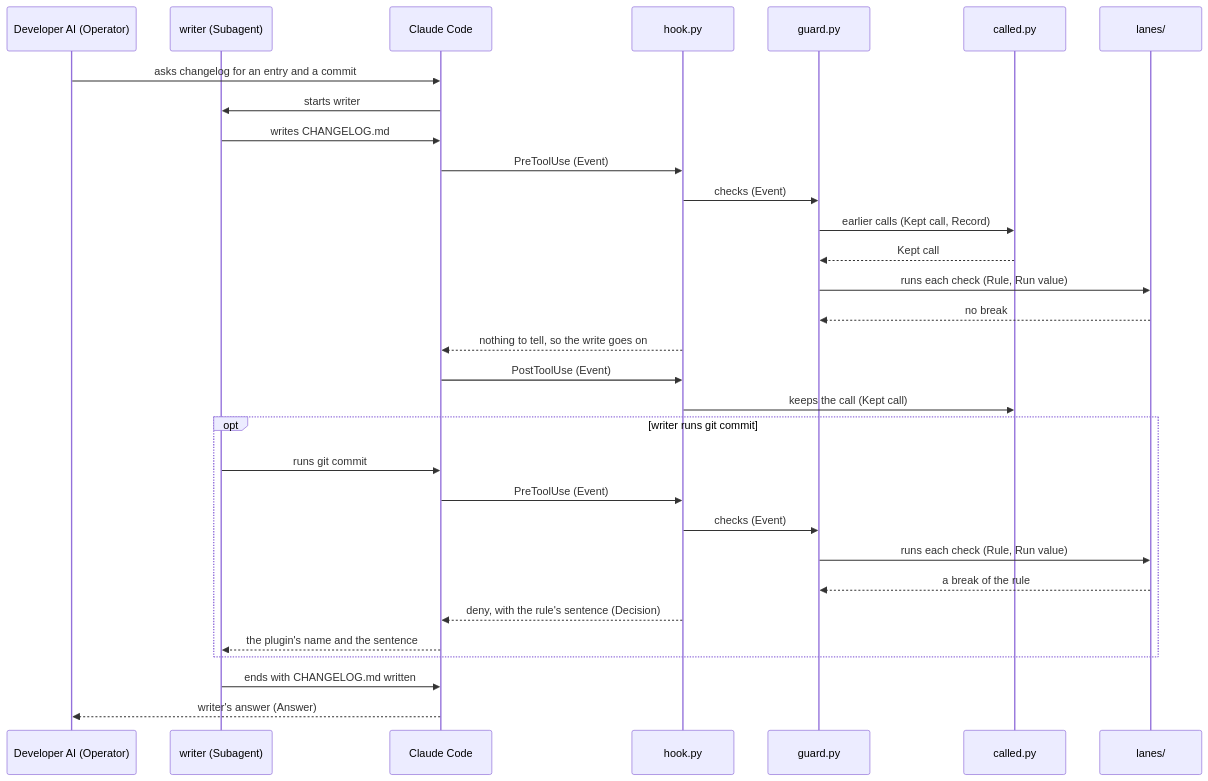
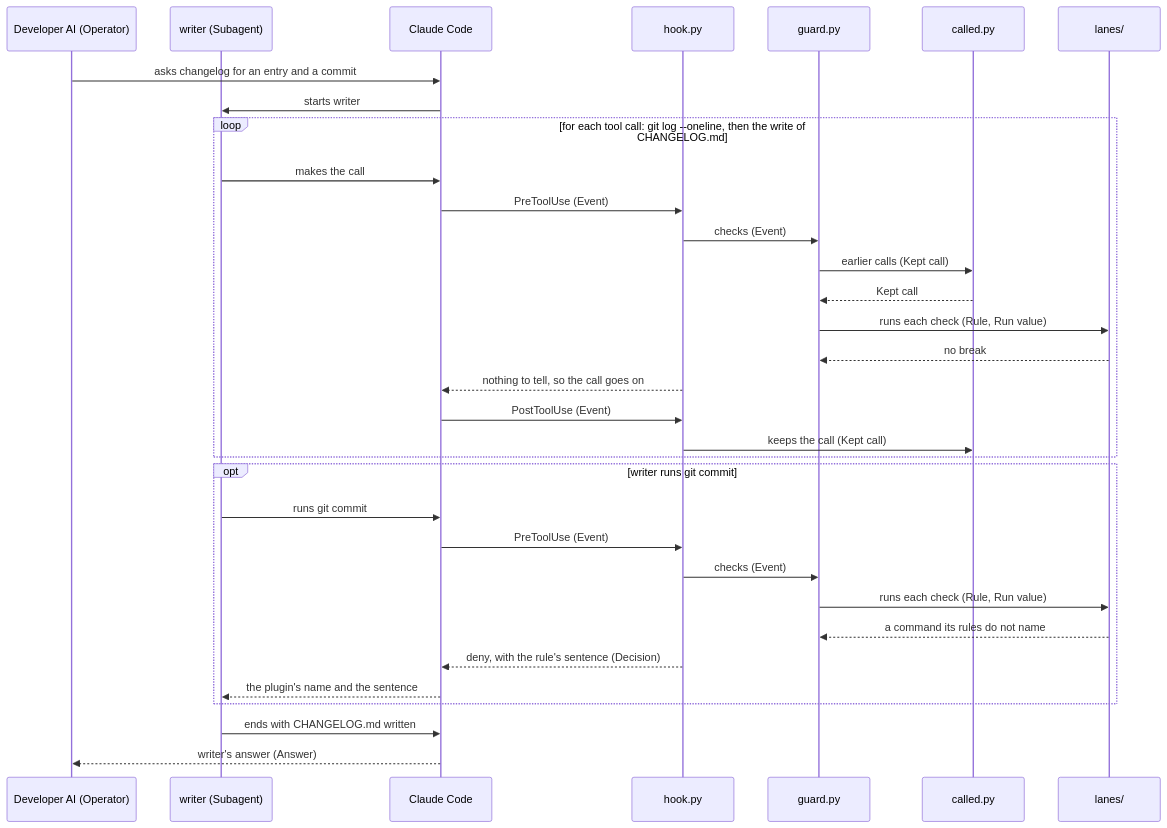
The third of 5 diagrams in dev/lane/architecture.md (lovaizu/ccpm), drawn with Mermaid before and after one commit. The commit also changed other lines of this file and 5 other files, not shown here.

````diff
--- a/dev/lane/architecture.md
+++ b/dev/lane/architecture.md
@@ -180,33 +201,35 @@
 ```mermaid
 sequenceDiagram
   participant OP as Developer AI (Operator)
   participant SA as writer (Subagent)
   participant CC as Claude Code
   participant H as hook.py
   participant G as guard.py
   participant C as called.py
   participant LN as lanes/
   OP->>CC: asks changelog for an entry and a commit
   CC->>SA: starts writer
-  SA->>CC: writes CHANGELOG.md
-  CC->>H: PreToolUse (Event)
-  H->>G: checks (Event)
-  G->>C: earlier calls (Kept call, Record)
-  C-->>G: Kept call
-  G->>LN: runs each check (Rule, Run value)
-  LN-->>G: no break
-  H-->>CC: nothing to tell, so the write goes on
-  CC->>H: PostToolUse (Event)
-  H->>C: keeps the call (Kept call)
+  loop for each tool call: git log --oneline, then the write of CHANGELOG.md
+    SA->>CC: makes the call
+    CC->>H: PreToolUse (Event)
+    H->>G: checks (Event)
+    G->>C: earlier calls (Kept call)
+    C-->>G: Kept call
+    G->>LN: runs each check (Rule, Run value)
+    LN-->>G: no break
+    H-->>CC: nothing to tell, so the call goes on
+    CC->>H: PostToolUse (Event)
+    H->>C: keeps the call (Kept call)
+  end
   opt writer runs git commit
     SA->>CC: runs git commit
     CC->>H: PreToolUse (Event)
     H->>G: checks (Event)
     G->>LN: runs each check (Rule, Run value)
-    LN-->>G: a break of the rule
+    LN-->>G: a command its rules do not name
     H-->>CC: deny, with the rule's sentence (Decision)
     CC-->>SA: the plugin's name and the sentence
   end
   SA->>CC: ends with CHANGELOG.md written
   CC-->>OP: writer's answer (Answer)
 ```
````
